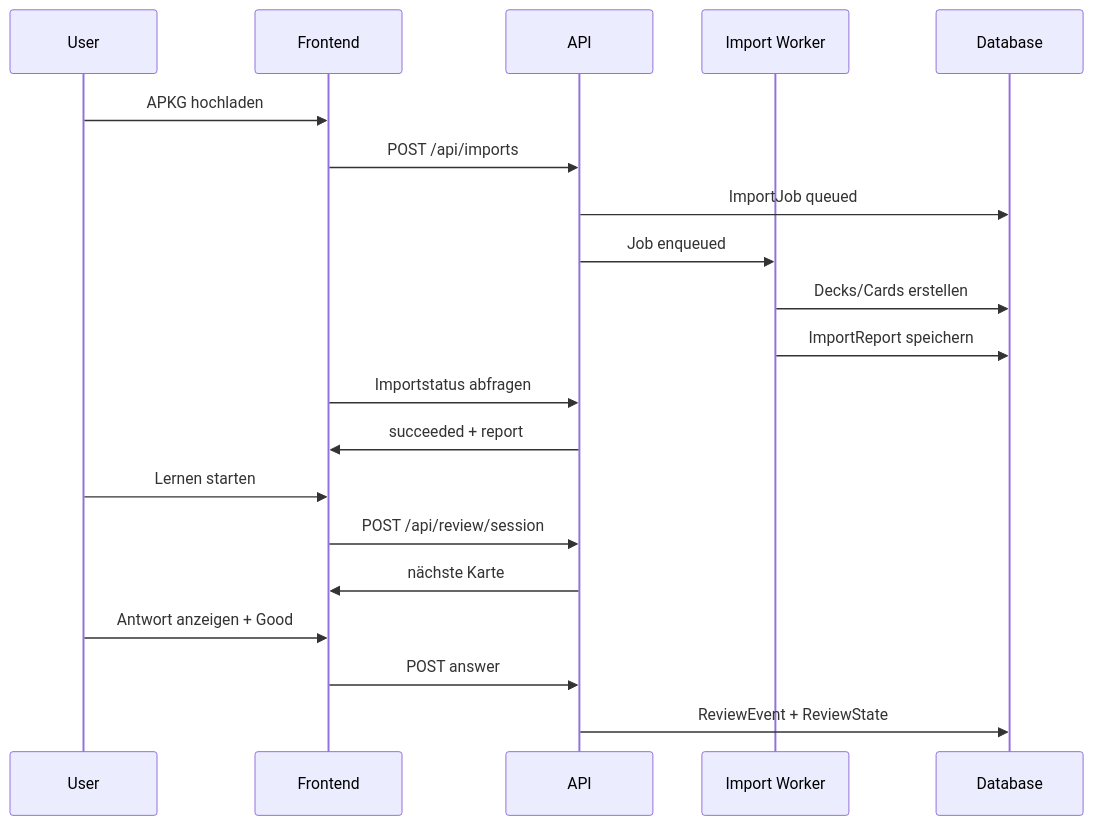
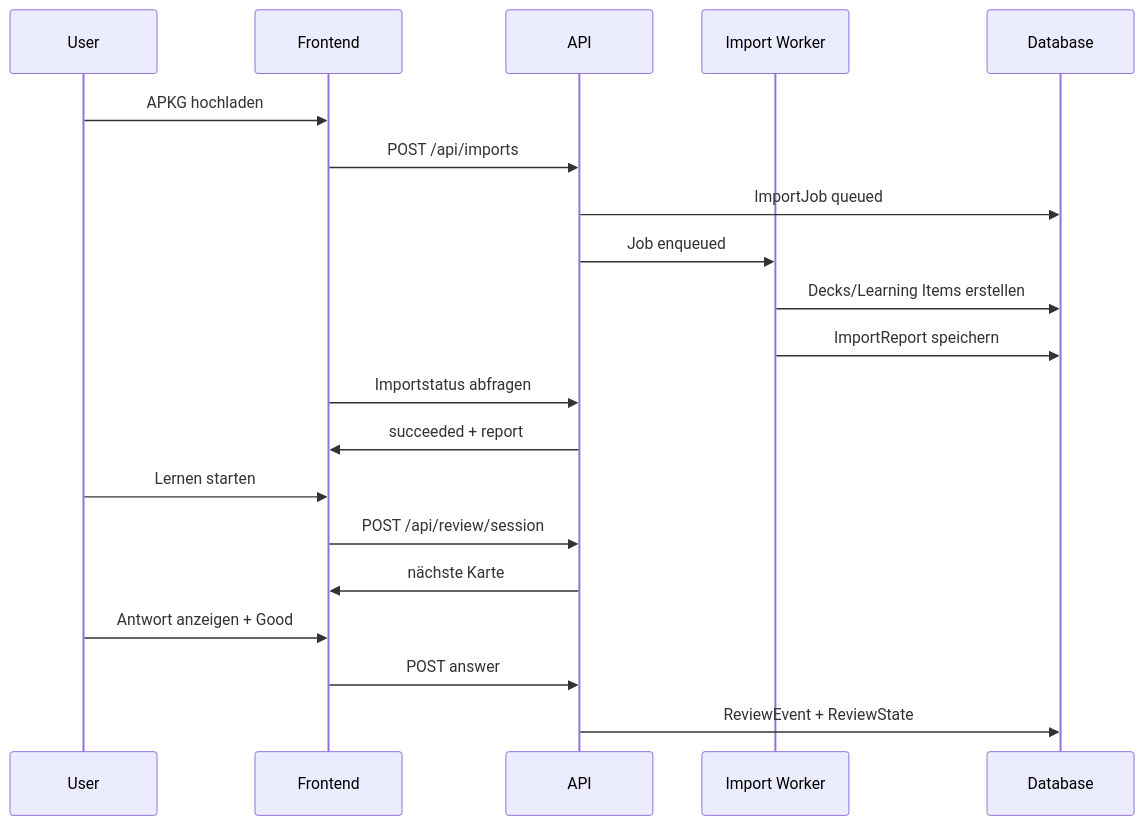
One commit to Betogora/CoRe_Hosted changed the second of 3 diagrams in specs.md. Above: the diagram before and after it, drawn with Mermaid. The commit also changed other lines of this file and 8 other files, not shown here.

````diff
--- a/specs.md
+++ b/specs.md
@@ -2612,23 +2699,23 @@
 ```mermaid
 sequenceDiagram
   participant U as User
   participant FE as Frontend
   participant API as API
   participant W as Import Worker
   participant DB as Database
 
   U->>FE: APKG hochladen
   FE->>API: POST /api/imports
   API->>DB: ImportJob queued
   API->>W: Job enqueued
-  W->>DB: Decks/Cards erstellen
+  W->>DB: Decks/Learning Items erstellen
   W->>DB: ImportReport speichern
   FE->>API: Importstatus abfragen
   API->>FE: succeeded + report
   U->>FE: Lernen starten
   FE->>API: POST /api/review/session
   API->>FE: nächste Karte
   U->>FE: Antwort anzeigen + Good
   FE->>API: POST answer
   API->>DB: ReviewEvent + ReviewState
 ```
````
